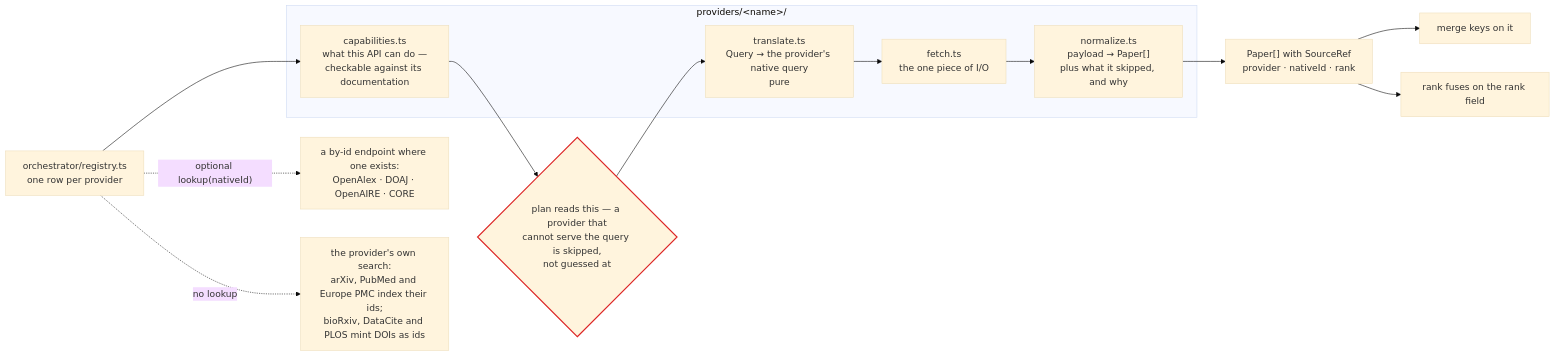
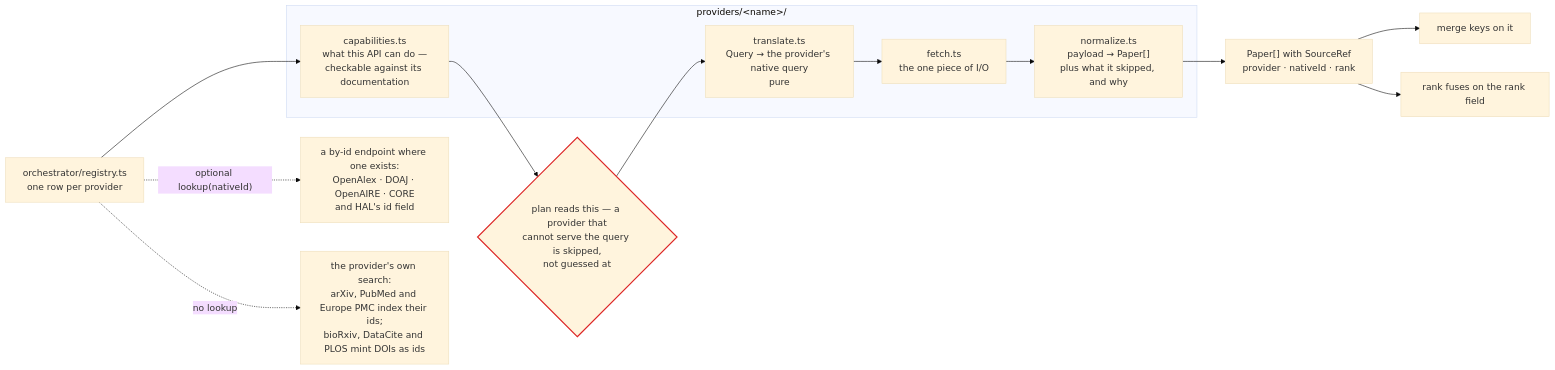
The third of 5 diagrams in docs/workflow.md (matiasrodlo/sci-open), drawn with Mermaid (base theme) before and after one commit. The commit also changed 30 other files, not shown here.

````diff
--- a/docs/workflow.md
+++ b/docs/workflow.md
@@ -208,23 +208,23 @@
 ```mermaid
 flowchart LR
   REG["orchestrator/registry.ts<br/>one row per provider"] --> CAP
 
   subgraph CONNECTOR["providers/&lt;name&gt;/"]
     CAP["capabilities.ts<br/>what this API can do —<br/>checkable against its documentation"]
     TR["translate.ts<br/>Query → the provider's native query<br/>pure"]
     FE["fetch.ts<br/>the one piece of I/O"]
     NO["normalize.ts<br/>payload → Paper[]<br/>plus what it skipped, and why"]
   end
 
   CAP --> PLAN{"plan reads this — a provider that<br/>cannot serve the query is skipped,<br/>not guessed at"}
   PLAN --> TR --> FE --> NO --> PAPERS["Paper[] with SourceRef<br/>provider · nativeId · rank"]
 
   PAPERS --> M["merge keys on it"]
   PAPERS --> R["rank fuses on the rank field"]
 
-  REG -.->|"optional lookup(nativeId)"| BYID["a by-id endpoint where one exists:<br/>OpenAlex · DOAJ · OpenAIRE · CORE"]
+  REG -.->|"optional lookup(nativeId)"| BYID["a by-id endpoint where one exists:<br/>OpenAlex · DOAJ · OpenAIRE · CORE<br/>and HAL's id field"]
   REG -.->|"no lookup"| VIASEARCH["the provider's own search:<br/>arXiv, PubMed and Europe PMC index their ids;<br/>bioRxiv, DataCite and PLOS mint DOIs as ids"]
 
   classDef gate stroke:#dc2626,stroke-width:2px
   class PLAN gate
 ```
````
